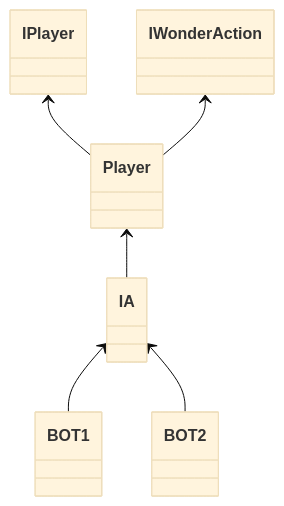
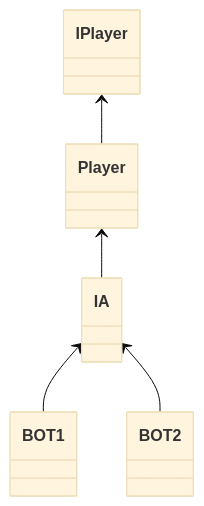
The diagram in diagram/class/IPlayer_Diagram.md (ImeneYAHIAOUI/Citadelles), drawn with Mermaid (base theme) before and after one commit. The commit also changed 1 other file, not shown here.

Commit message:
.md dans doc/ #80

````diff
--- a/diagram/class/IPlayer_Diagram.md
+++ b/diagram/class/IPlayer_Diagram.md
@@ -1,10 +1,9 @@
 ```mermaid
 
 classDiagram
   IPlayer <-- Player
-  IWonderAction <-- Player
   Player <-- IA
   IA <-- BOT1
   IA <-- BOT2
 
 ```
````
